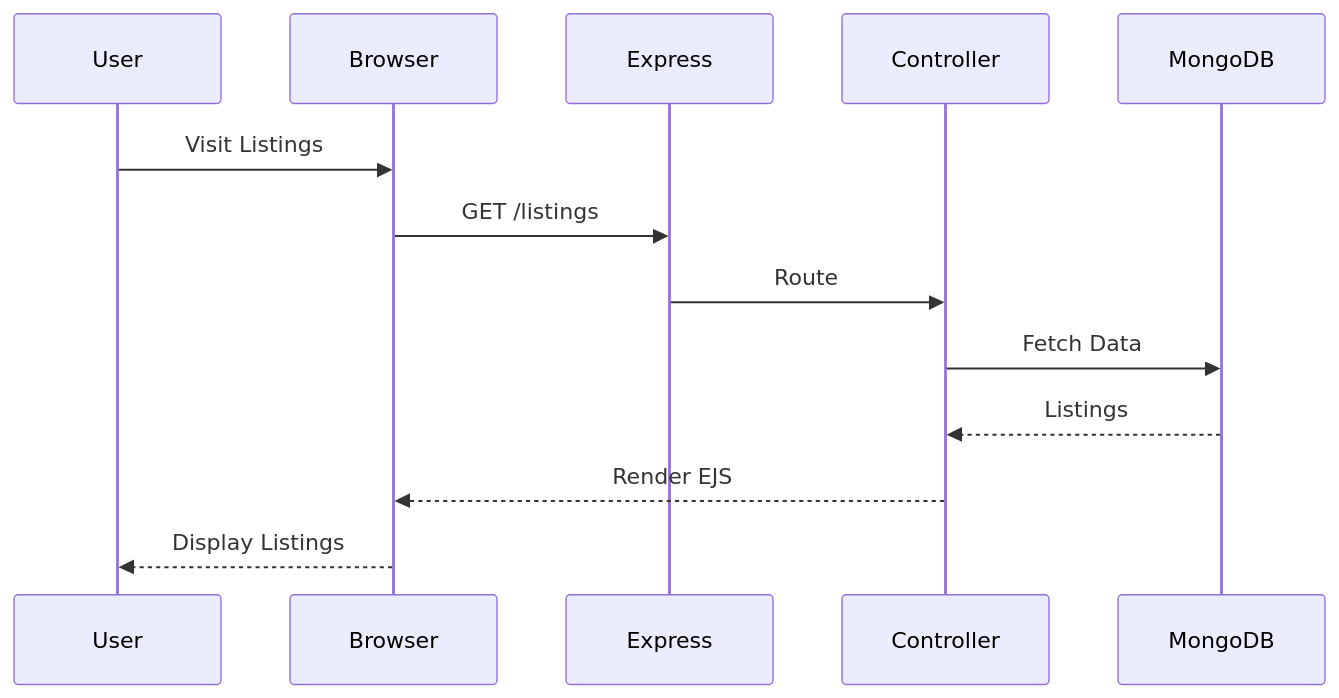
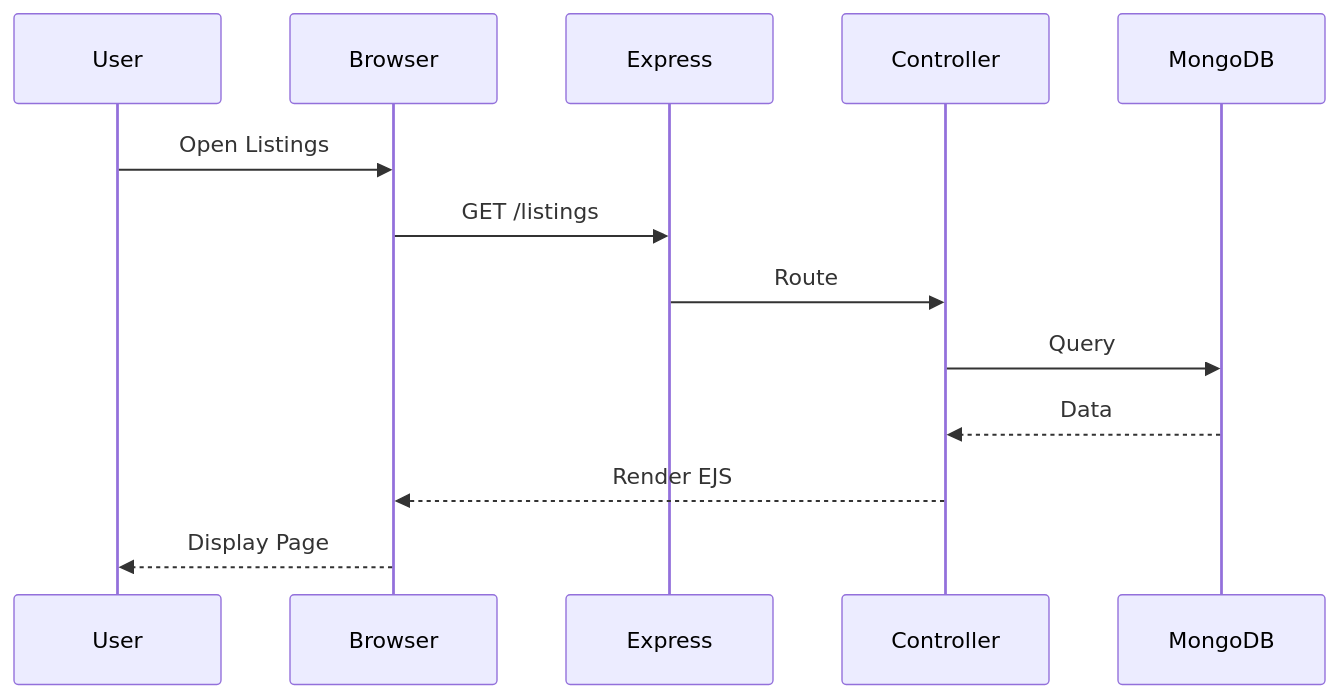
Before and after one commit to sandeepkumaryadav05/majorproject: the fifth of 6 diagrams in README.md, drawn with Mermaid. The commit also changed other lines of this file, not shown here.

````diff
--- a/README.md
+++ b/README.md
@@ -145,10 +120,10 @@
-``` mermaid
+```mermaid
 sequenceDiagram
-User->>Browser: Visit Listings
+User->>Browser: Open Listings
 Browser->>Express: GET /listings
 Express->>Controller: Route
-Controller->>MongoDB: Fetch Data
-MongoDB-->>Controller: Listings
+Controller->>MongoDB: Query
+MongoDB-->>Controller: Data
 Controller-->>Browser: Render EJS
-Browser-->>User: Display Listings
+Browser-->>User: Display Page
 ```
````
